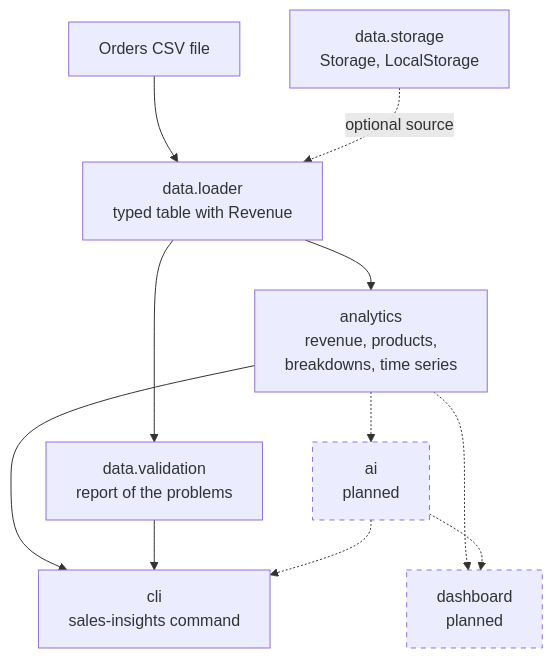
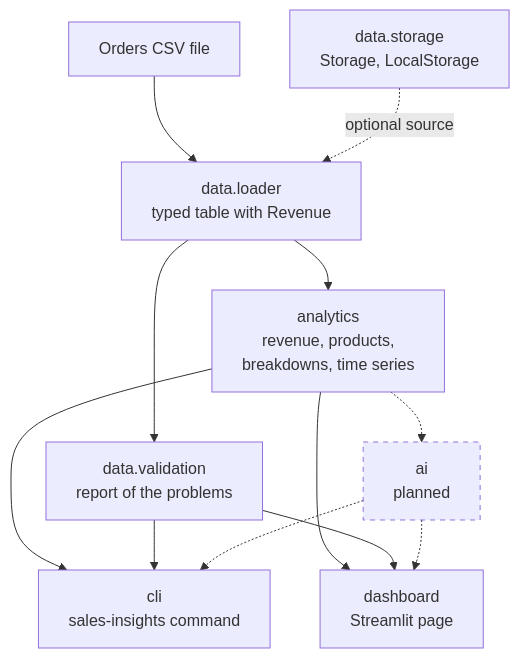
Before and after one commit to Priscilla47/E-Commerce-Sales-Dashboard_Project: the diagram in docs/architecture.md, drawn with Mermaid. The commit also changed other lines of this file and 1 other file, not shown here.

First line of the commit message:
docs: describe the dashboard in the architecture page as built

````diff
--- a/docs/architecture.md
+++ b/docs/architecture.md
@@ -18,14 +18,15 @@
 ```mermaid
 flowchart TD
     FILE["Orders CSV file"] --> LOADER
     STORAGE["data.storage<br/>Storage, LocalStorage"] -.->|optional source| LOADER
     LOADER["data.loader<br/>typed table with Revenue"] --> VALIDATION["data.validation<br/>report of the problems"]
     LOADER --> ANALYTICS["analytics<br/>revenue, products,<br/>breakdowns, time series"]
     ANALYTICS --> CLI["cli<br/>sales-insights command"]
     VALIDATION --> CLI
-    ANALYTICS -.-> DASHBOARD["dashboard<br/>planned"]:::planned
+    ANALYTICS --> DASHBOARD["dashboard<br/>Streamlit page"]
+    VALIDATION --> DASHBOARD
     ANALYTICS -.-> AI["ai<br/>planned"]:::planned
     AI -.-> DASHBOARD
     AI -.-> CLI
     classDef planned stroke-dasharray: 5 5
 ```
````
